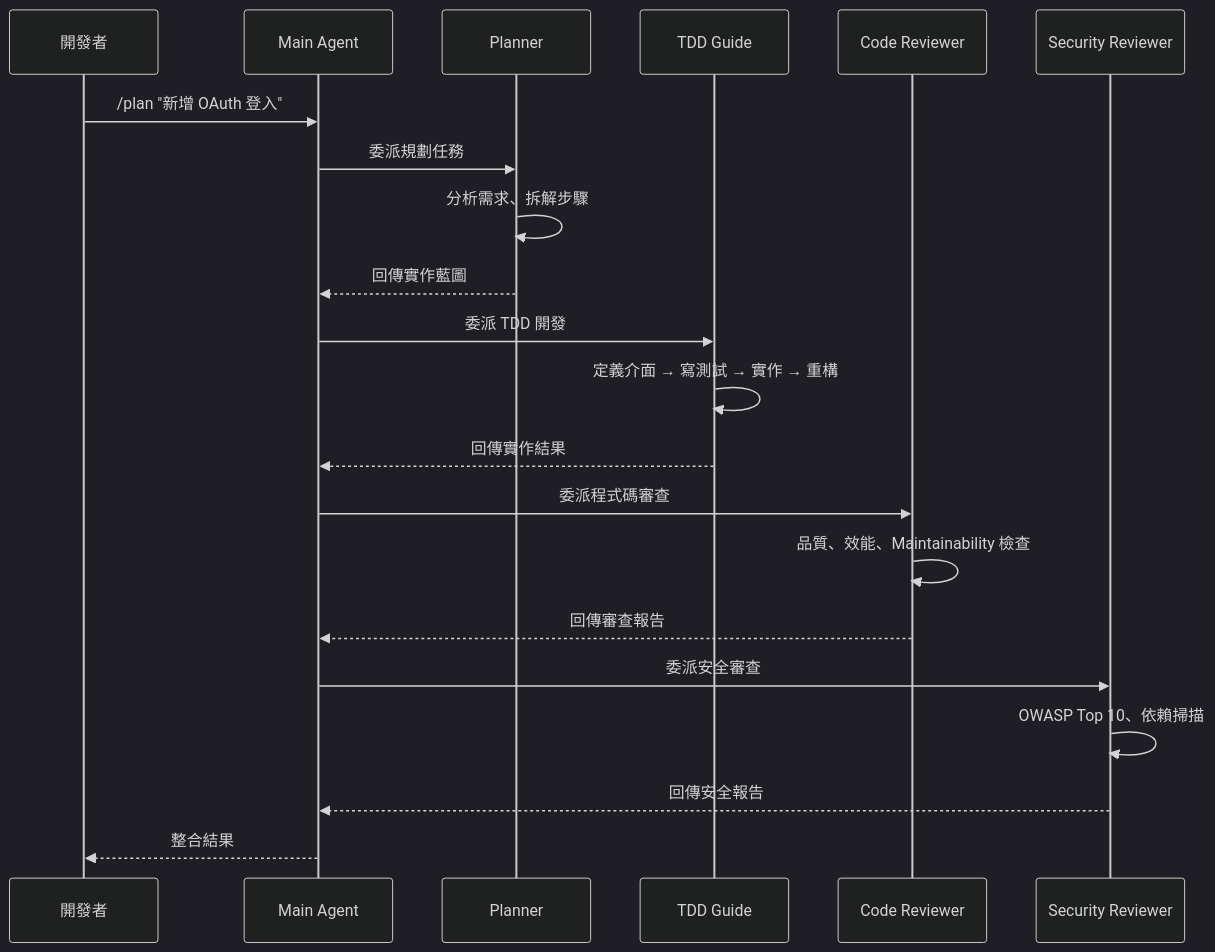
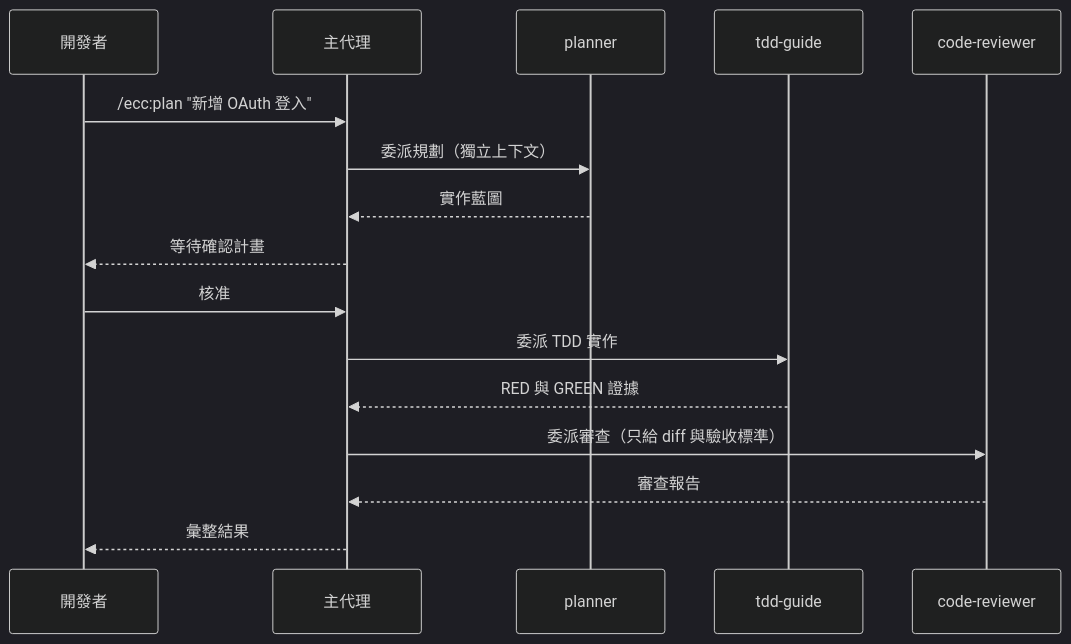
The third of 29 diagrams in content/posts/教學/AI開發/Everything Claude Code 教學手冊.md (chihhung/Blog), drawn with Mermaid (dark theme) before and after one commit. The commit also changed other lines of this file, not shown here.

Commit message:
docs: update Everything Claude code 教學手冊

````diff
--- a/content/posts/教學/AI開發/Everything Claude Code 教學手冊.md
+++ b/content/posts/教學/AI開發/Everything Claude Code 教學手冊.md
@@ -518,24 +685,18 @@
 ```mermaid
 sequenceDiagram
     participant U as 開發者
-    participant M as Main Agent
-    participant P as Planner
-    participant T as TDD Guide
-    participant R as Code Reviewer
-    participant S as Security Reviewer
-
-    U->>M: /plan "新增 OAuth 登入"
-    M->>P: 委派規劃任務
-    P->>P: 分析需求、拆解步驟
-    P-->>M: 回傳實作藍圖
-    M->>T: 委派 TDD 開發
-    T->>T: 定義介面 → 寫測試 → 實作 → 重構
-    T-->>M: 回傳實作結果
-    M->>R: 委派程式碼審查
-    R->>R: 品質、效能、Maintainability 檢查
-    R-->>M: 回傳審查報告
-    M->>S: 委派安全審查
-    S->>S: OWASP Top 10、依賴掃描
-    S-->>M: 回傳安全報告
-    M-->>U: 整合結果
+    participant M as 主代理
+    participant P as planner
+    participant T as tdd-guide
+    participant R as code-reviewer
+    U->>M: /ecc:plan "新增 OAuth 登入"
+    M->>P: 委派規劃（獨立上下文）
+    P-->>M: 實作藍圖
+    M-->>U: 等待確認計畫
+    U->>M: 核准
+    M->>T: 委派 TDD 實作
+    T-->>M: RED 與 GREEN 證據
+    M->>R: 委派審查（只給 diff 與驗收標準）
+    R-->>M: 審查報告
+    M-->>U: 彙整結果
 ```
````
